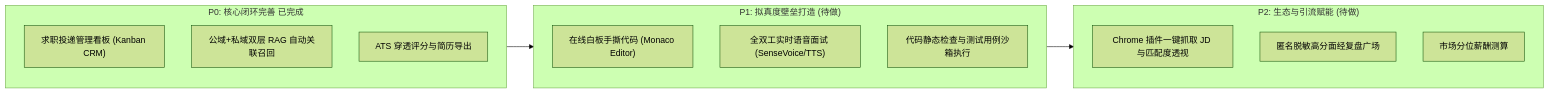
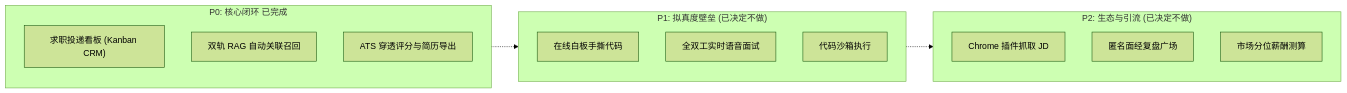
The diagram in README.md (SunnyZest/mindforge-ai), drawn with Mermaid (forest theme) before and after one commit. The commit also changed other lines of this file and 4 other files, not shown here.

````diff
--- a/README.md
+++ b/README.md
@@ -403,22 +332,22 @@
 ```mermaid
 flowchart LR
-    subgraph P0["P0: 核心闭环完善 已完成"]
-        P0_1["求职投递管理看板 (Kanban CRM)"]
-        P0_2["公域+私域双层 RAG 自动关联召回"]
+    subgraph P0["P0: 核心闭环 已完成"]
+        P0_1["求职投递看板 (Kanban CRM)"]
+        P0_2["双轨 RAG 自动关联召回"]
         P0_3["ATS 穿透评分与简历导出"]
     end
 
-    subgraph P1["P1: 拟真度壁垒打造 (待做)"]
-        P1_1["在线白板手撕代码 (Monaco Editor)"]
-        P1_2["全双工实时语音面试 (SenseVoice/TTS)"]
-        P1_3["代码静态检查与测试用例沙箱执行"]
+    subgraph P1["P1: 拟真度壁垒 (已决定不做)"]
+        P1_1["在线白板手撕代码"]
+        P1_2["全双工实时语音面试"]
+        P1_3["代码沙箱执行"]
     end
 
-    subgraph P2["P2: 生态与引流赋能 (待做)"]
-        P2_1["Chrome 插件一键抓取 JD 与匹配度透视"]
-        P2_2["匿名脱敏高分面经复盘广场"]
+    subgraph P2["P2: 生态与引流 (已决定不做)"]
+        P2_1["Chrome 插件抓取 JD"]
+        P2_2["匿名面经复盘广场"]
         P2_3["市场分位薪酬测算"]
     end
 
-    P0 --> P1 --> P2
+    P0 -.-> P1 -.-> P2
 ```
````
